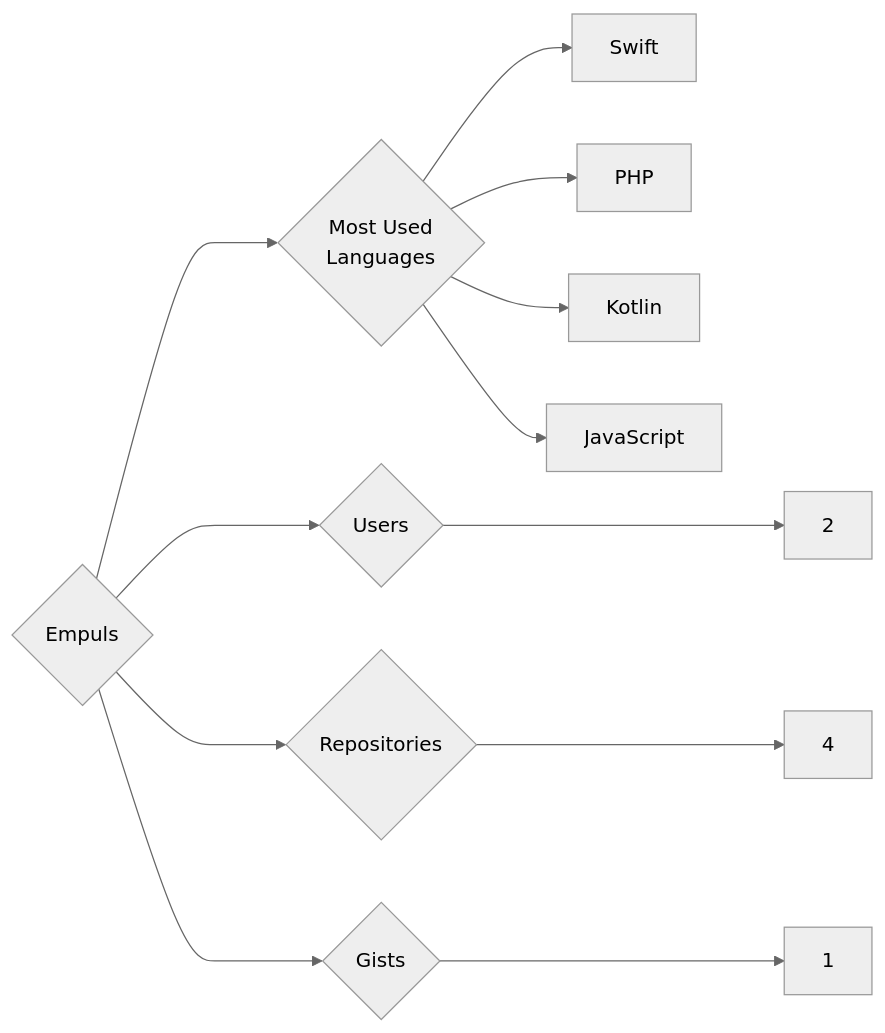
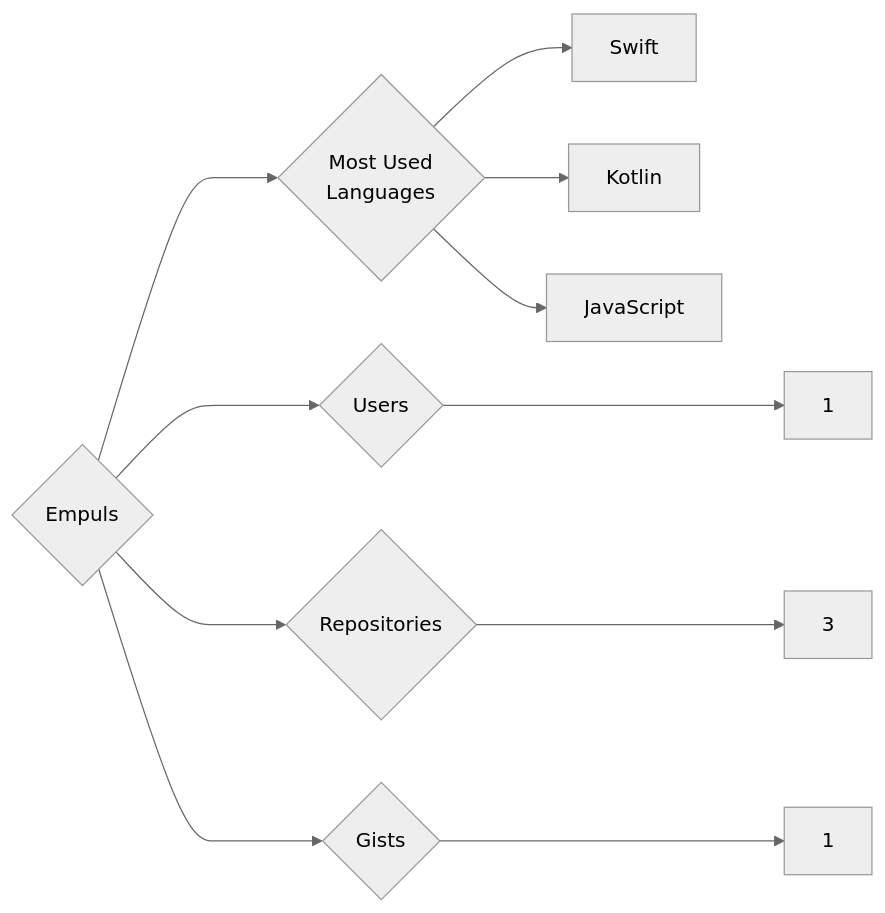
Before and after one commit to trickest/insiders: the diagram in targets/Empuls/README.md, drawn with Mermaid (neutral theme). The commit also changed 823 other files, not shown here.

````diff
--- a/targets/Empuls/README.md
+++ b/targets/Empuls/README.md
@@ -3,12 +3,11 @@
 ```mermaid
 graph LR
 COMPANY_NAME{Empuls}
-COMPANY_NAME ---> U{Users} ---> UN[2]
-COMPANY_NAME ---> R{Repositories} ---> RN[4]
+COMPANY_NAME ---> U{Users} ---> UN[1]
+COMPANY_NAME ---> R{Repositories} ---> RN[3]
 COMPANY_NAME ---> G{Gists} ---> GN[1]
 COMPANY_NAME ---> ML{Most Used<br>Languages}
 ML --> Swift[Swift]
-ML --> PHP[PHP]
 ML --> Kotlin[Kotlin]
 ML --> JavaScript[JavaScript]
 ```
````
